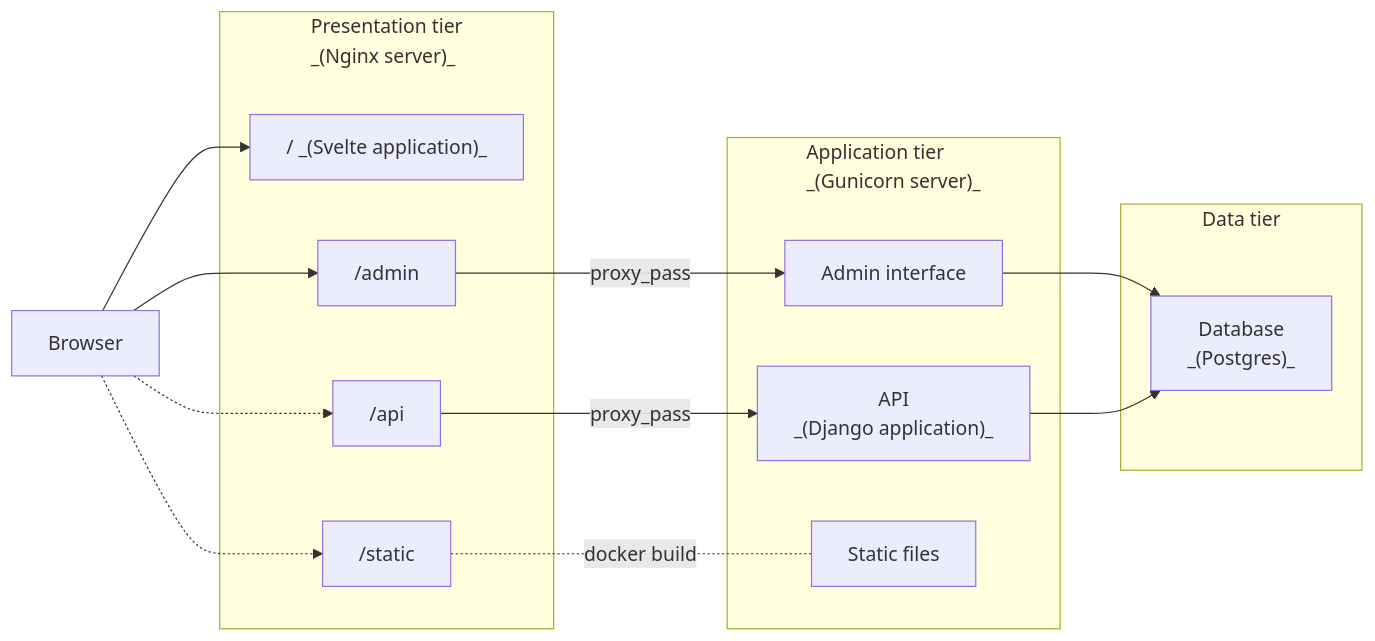
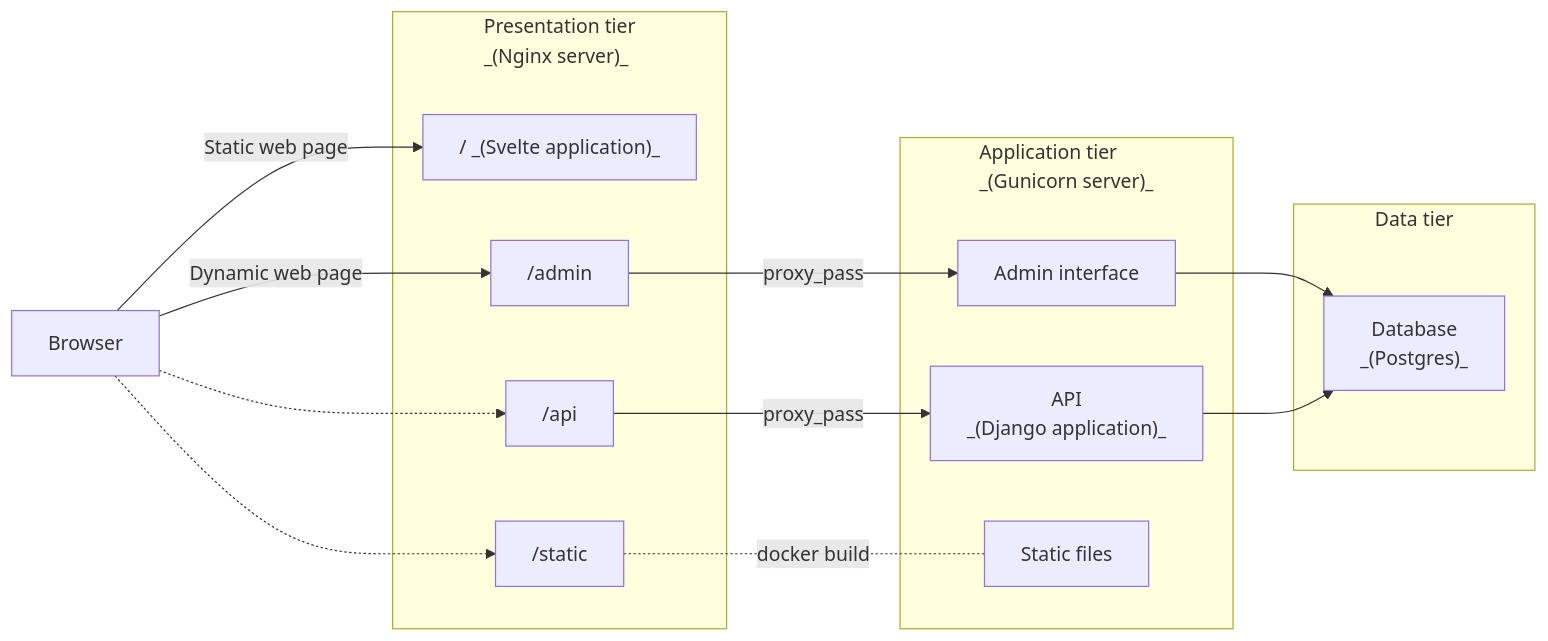
Before and after one commit to cicd-tutorials/feedback: the diagram in README.md, drawn with Mermaid. The commit also changed other lines of this file, not shown here.

Commit message:
Add paragraph about static part of dynamic pages (#45)

````diff
--- a/README.md
+++ b/README.md
@@ -33,33 +33,33 @@
 ```mermaid
 flowchart LR
   subgraph d [Data tier]
     db["Database<br>_(Postgres)_"]
   end
   subgraph a ["Application tier<br>_(Gunicorn server)_"]
     a_whitespace:::hidden
     admin[Admin interface]
     API["API<br>_(Django application)_"]
     static_build[Static files]
   end
   subgraph p ["Presentation tier<br>_(Nginx server)_"]
     p_whitespace:::hidden
     root["/ _(Svelte application)_"]
     api_proxy["/api"]
     admin_proxy["/admin"]
     static["/static"]
   end
 
-  Browser-->root
-  Browser-->admin_proxy
+  Browser--Static web page-->root
+  Browser--Dynamic web page-->admin_proxy
   Browser-.->api_proxy
   Browser-.->static
 
   admin_proxy--proxy_pass-->admin
   api_proxy--proxy_pass-->API
   static -.docker build.- static_build
 
   admin-->db
   API-->db
 
   classDef hidden display: none;
 ```
````
